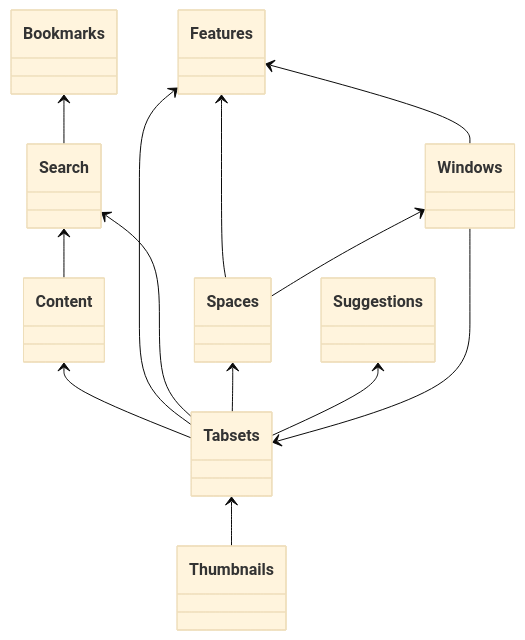
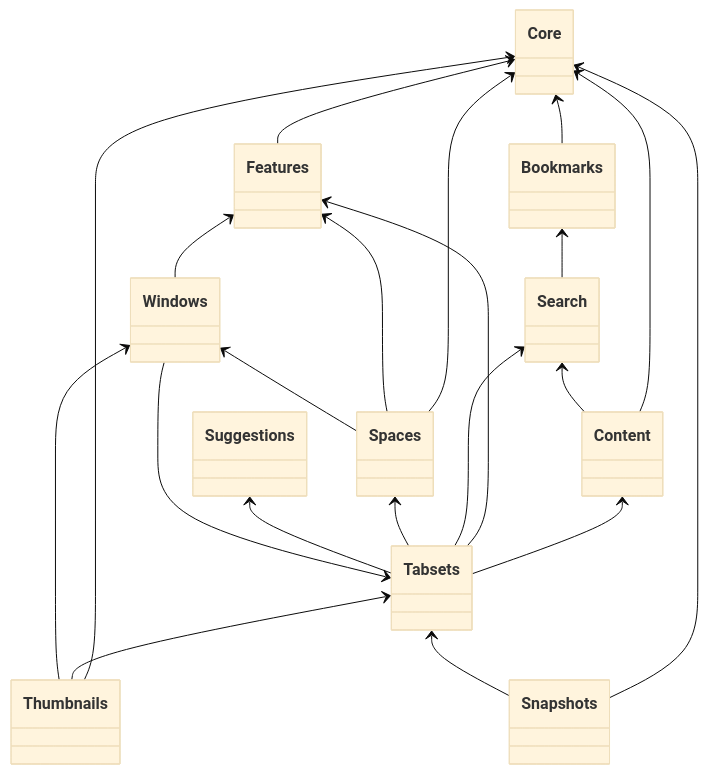
Before and after one commit to evandor/tabsets: the diagram in docs/submodules/index.md, drawn with Mermaid (base theme). The commit also changed other lines of this file and 71 other files, not shown here.

````diff
--- a/docs/submodules/index.md
+++ b/docs/submodules/index.md
@@ -9,18 +13,30 @@
 ```mermaid
 classDiagram
+  Core <-- Features
   Features <-- Windows
   Tabsets <-- Windows
+
+  Core <-- Thumbnails
   Tabsets <-- Thumbnails
+  Windows <-- Thumbnails
+
   Content <-- Tabsets
   Features <-- Tabsets
   Search <-- Tabsets
   Spaces <-- Tabsets
   Suggestions <-- Tabsets
+
+  Core <-- Spaces
   Features <-- Spaces
   Windows <-- Spaces
 
+  Core <-- Bookmarks
   Bookmarks <-- Search
 
+  Core <-- Content
   Search <-- Content
 
+  Core <-- Snapshots
+  Tabsets <-- Snapshots
+
 ```
````
